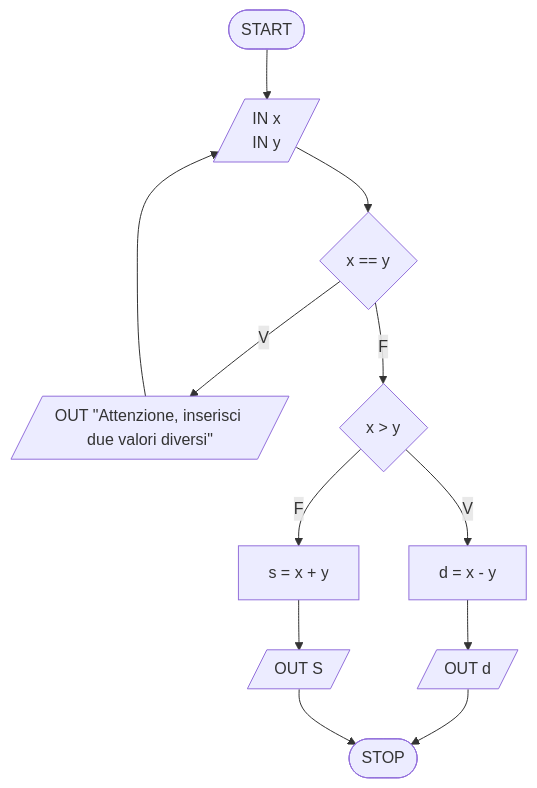
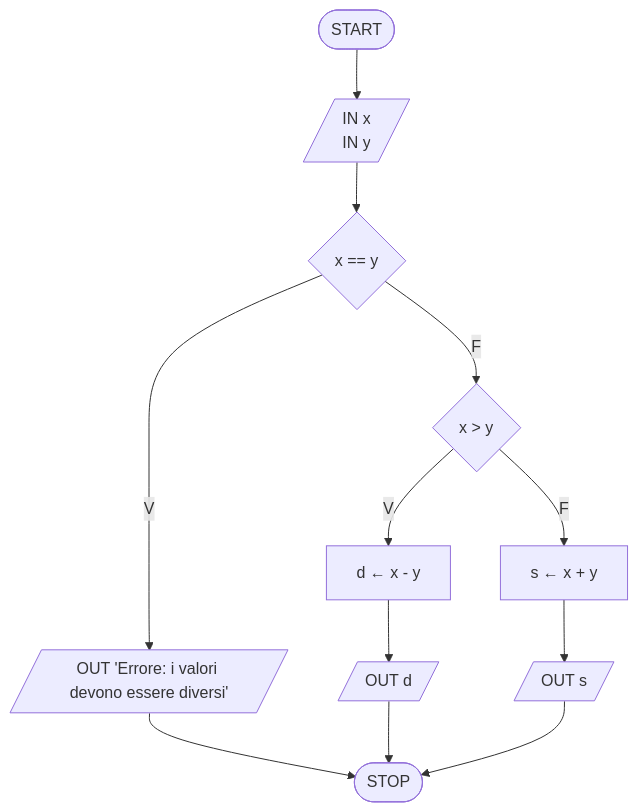
One commit to pg-laboratorio/flowcharts_laboratorio_esercizi changed the fifth of 28 diagrams in flowcharts_soluzioni.md. Above: the diagram before and after it, drawn with Mermaid. The commit also changed other lines of this file, not shown here.

````diff
--- a/flowcharts_soluzioni.md
+++ b/flowcharts_soluzioni.md
@@ -86,15 +96,14 @@
 ```mermaid
 graph TD
-    START([START]) --> INPUT[/IN x<br>IN y/]
+    START([START]) --> INPUT[/"IN x<br>IN y"/]
     INPUT --> CHK{"x == y"}
-    CHK -- V --> ERR[/OUT "Attenzione, inserisci due valori diversi"/]
-    ERR --> INPUT
+    CHK -- V --> ERR[/"OUT 'Errore: i valori devono essere diversi'"/]
     CHK -- F --> COND{"x > y"}
-    COND -- V --> DIFF[d = x - y]
-    COND -- F --> SOMMA[s = x + y]
-    DIFF --> OUT_D[/OUT d/]
-    SOMMA --> OUT_S[/OUT S/]
-    OUT_D --> STOP([STOP])
-    OUT_S --> STOP
-
+    COND -- V --> DIFF["d ← x - y"]
+    COND -- F --> SOMMA["s ← x + y"]
+    DIFF --> OD[/"OUT d"/]
+    SOMMA --> OS[/"OUT s"/]
+    ERR --> STOP([STOP])
+    OD --> STOP
+    OS --> STOP
 ```
````
